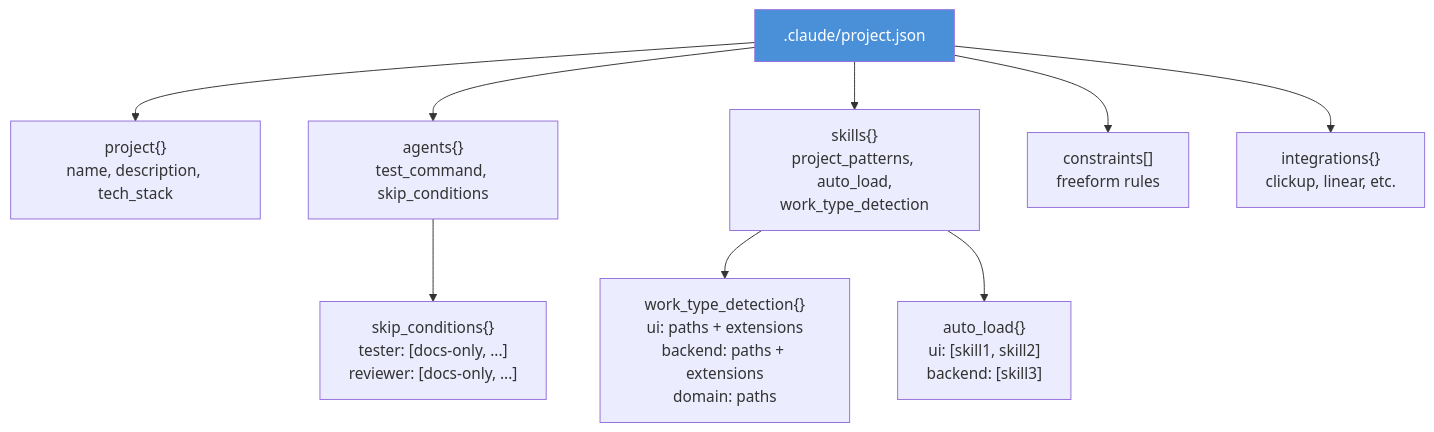
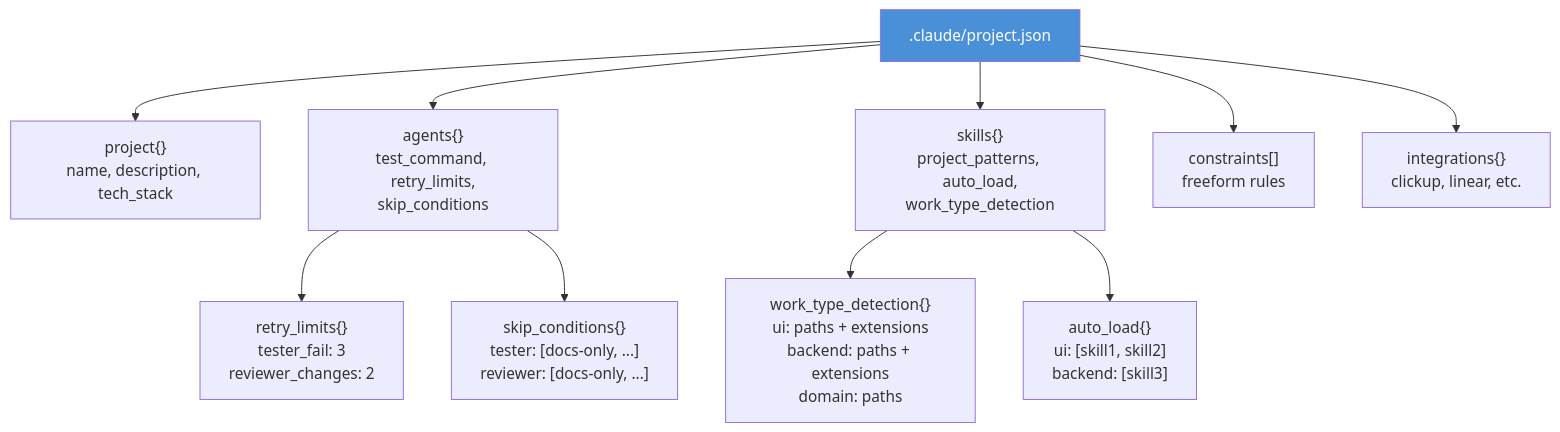
Before and after one commit to vlady98ish/claude-ship: the seventh of 11 diagrams in README.md, drawn with Mermaid. The commit also changed other lines of this file and 114 other files, not shown here.

````diff
--- a/README.md
+++ b/README.md
@@ -243,17 +292,18 @@
 ```mermaid
 graph TD
     Config[".claude/project.json"]
 
     Config --> Project["project{}<br/>name, description, tech_stack"]
-    Config --> Agents["agents{}<br/>test_command, skip_conditions"]
+    Config --> Agents["agents{}<br/>test_command, retry_limits,<br/>skip_conditions"]
     Config --> Skills["skills{}<br/>project_patterns, auto_load,<br/>work_type_detection"]
     Config --> Constraints["constraints[]<br/>freeform rules"]
     Config --> Integrations["integrations{}<br/>clickup, linear, etc."]
 
     Skills --> WTD["work_type_detection{}<br/>ui: paths + extensions<br/>backend: paths + extensions<br/>domain: paths"]
     Skills --> AL["auto_load{}<br/>ui: [skill1, skill2]<br/>backend: [skill3]"]
 
+    Agents --> RL2["retry_limits{}<br/>tester_fail: 3<br/>reviewer_changes: 2"]
     Agents --> SC["skip_conditions{}<br/>tester: [docs-only, ...]<br/>reviewer: [docs-only, ...]"]
 
     style Config fill:#4a90d9,color:#fff
 ```
````
